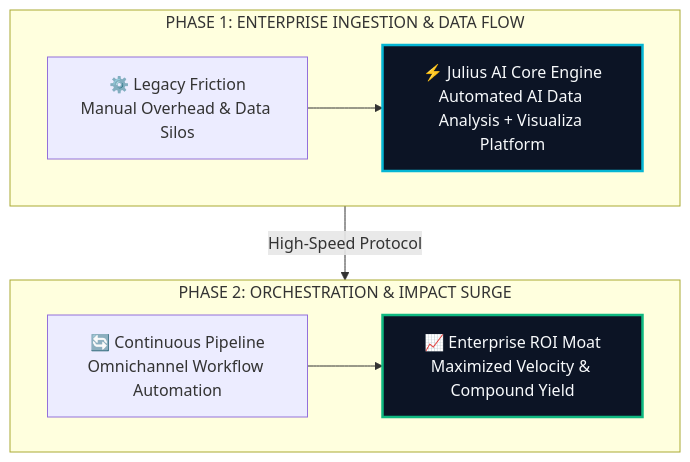
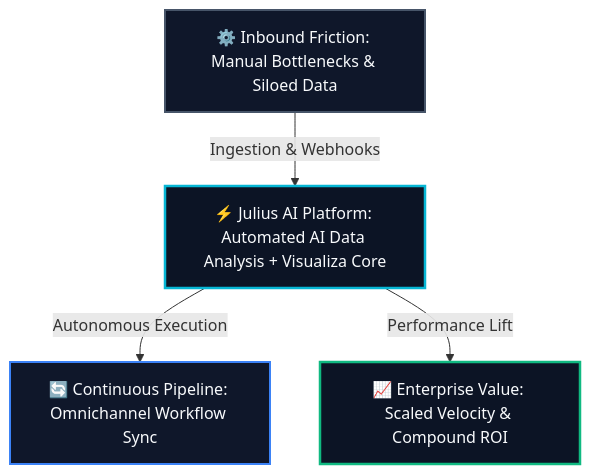
One commit to heliatech-media/saas-radar changed the diagram in site/src/content/blog/julius-ai-evolution-guide-2026.md. Above: the diagram before and after it, drawn with Mermaid. The commit also changed 93 other files, not shown here.

First line of the commit message:
fix(diagrams): resolve dagre-d3 subgraph collision by migrating to balanced 3-tier Hub & Spoke architecture

````diff
--- a/site/src/content/blog/julius-ai-evolution-guide-2026.md
+++ b/site/src/content/blog/julius-ai-evolution-guide-2026.md
@@ -50,14 +50,14 @@
 ```mermaid
 flowchart TD
-    subgraph S1["PHASE 1: ENTERPRISE INGESTION & DATA FLOW"]
-        direction LR
-        A["⚙️ Legacy Friction<br/>Manual Overhead & Data Silos"] --> B["⚡ Julius AI Core Engine<br/>Automated AI Data Analysis + Visualiza Platform"]
-    end
-    subgraph S2["PHASE 2: ORCHESTRATION & IMPACT SURGE"]
-        direction LR
-        C["🔄 Continuous Pipeline<br/>Omnichannel Workflow Automation"] --> D["📈 Enterprise ROI Moat<br/>Maximized Velocity & Compound Yield"]
-    end
-    S1 -->|High-Speed Protocol| S2
-    style B fill:#0c1425,stroke:#06b6d4,stroke-width:2.5px,color:#f8fafc
-    style D fill:#0c1425,stroke:#10b981,stroke-width:2.5px,color:#f8fafc
+    Inp["⚙️ Inbound Friction: Manual Bottlenecks & Siloed Data"]
+    Eng["⚡ Julius AI Platform: Automated AI Data Analysis + Visualiza Core"]
+    Out1["🔄 Continuous Pipeline: Omnichannel Workflow Sync"]
+    Out2["📈 Enterprise Value: Scaled Velocity & Compound ROI"]
+    Inp -->|Ingestion & Webhooks| Eng
+    Eng -->|Autonomous Execution| Out1
+    Eng -->|Performance Lift| Out2
+    style Inp fill:#0f172a,stroke:#475569,stroke-width:2px,color:#f8fafc
+    style Eng fill:#0c1425,stroke:#06b6d4,stroke-width:2.5px,color:#f8fafc
+    style Out1 fill:#0f172a,stroke:#3b82f6,stroke-width:2px,color:#f8fafc
+    style Out2 fill:#0c1425,stroke:#10b981,stroke-width:2.5px,color:#f8fafc
 ```
````
